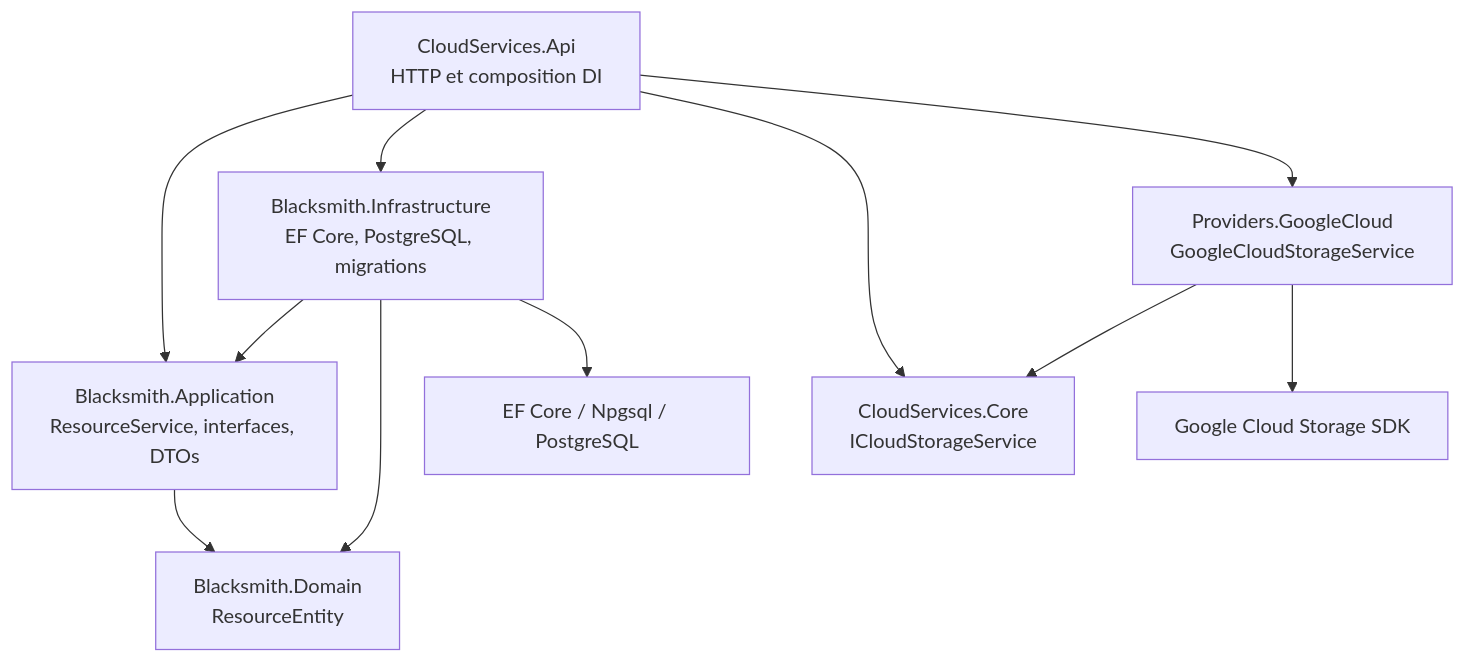
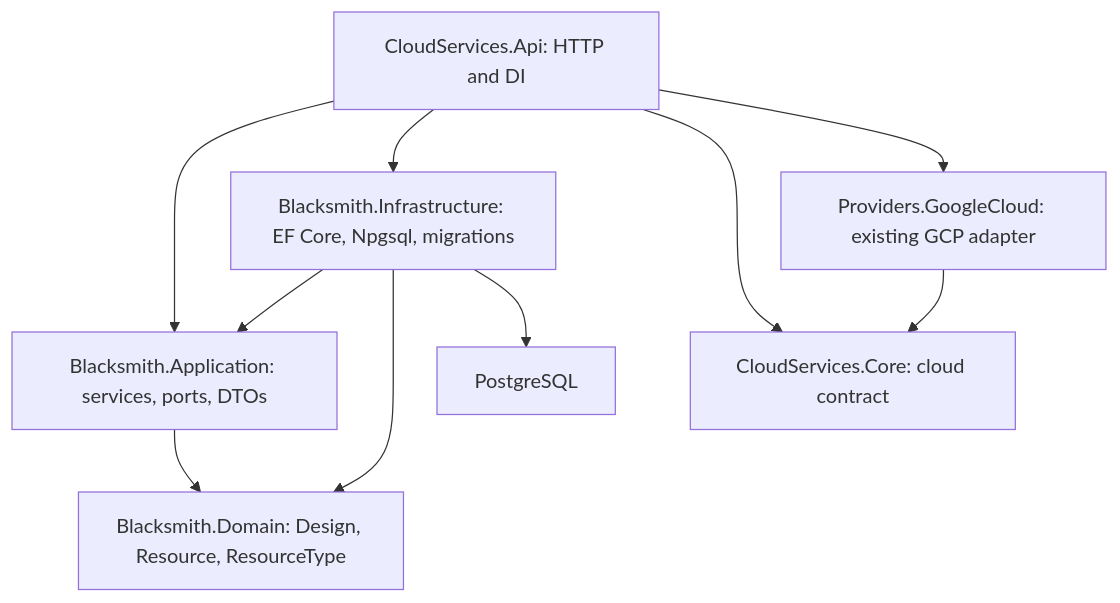
Before and after one commit to dexterBEN/blacksmith: the first of 3 diagrams in docs/backend/current-architecture.md, drawn with Mermaid. The commit also changed other lines of this file and 29 other files, not shown here.

First line of the commit message:
feat(backend): add generic resource type catalog

````diff
--- a/docs/backend/current-architecture.md
+++ b/docs/backend/current-architecture.md
@@ -7,13 +7,12 @@
 ```mermaid
 flowchart TD
-    API["CloudServices.Api<br/>HTTP et composition DI"] --> APP["Blacksmith.Application<br/>ResourceService, interfaces, DTOs"]
-    API --> INFRA["Blacksmith.Infrastructure<br/>EF Core, PostgreSQL, migrations"]
-    APP --> DOMAIN["Blacksmith.Domain<br/>ResourceEntity"]
+    API["CloudServices.Api: HTTP and DI"] --> APP["Blacksmith.Application: services, ports, DTOs"]
+    API --> INFRA["Blacksmith.Infrastructure: EF Core, Npgsql, migrations"]
+    APP --> DOMAIN["Blacksmith.Domain: Design, Resource, ResourceType"]
     INFRA --> APP
     INFRA --> DOMAIN
-    API --> CORE["CloudServices.Core<br/>ICloudStorageService"]
-    API --> GCP["Providers.GoogleCloud<br/>GoogleCloudStorageService"]
+    API --> CORE["CloudServices.Core: cloud contract"]
+    API --> GCP["Providers.GoogleCloud: existing GCP adapter"]
     GCP --> CORE
-    INFRA --> PG["EF Core / Npgsql / PostgreSQL"]
-    GCP --> STORAGE["Google Cloud Storage SDK"]
+    INFRA --> PG["PostgreSQL"]
 ```
````
